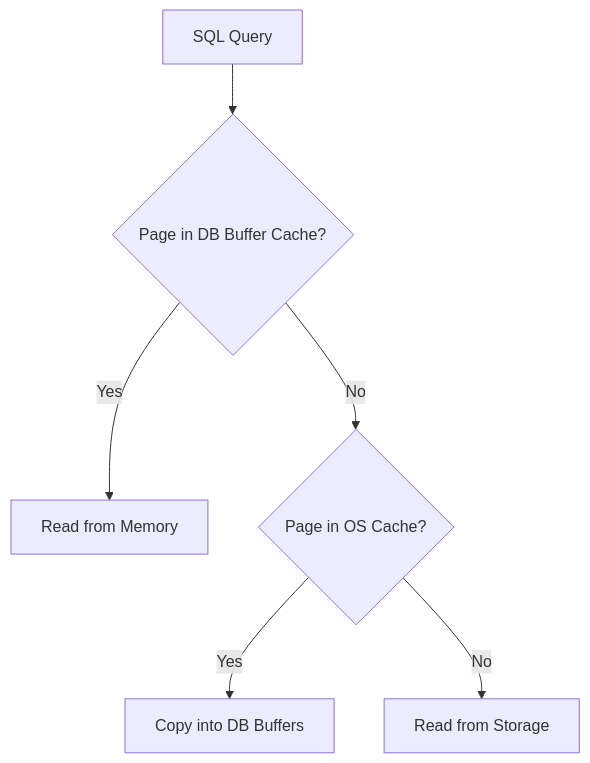
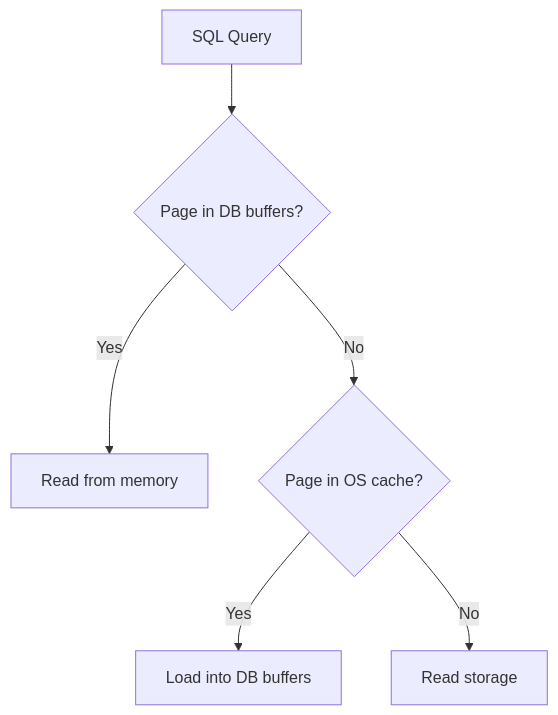
Before and after one commit to AvadhBhalodiya/Interview-Preparation: the sixth of 12 diagrams in src/content/system-design/caching-layers-stampede.md, drawn with Mermaid. The commit also changed other lines of this file and 54 other files, not shown here.

````diff
--- a/src/content/system-design/caching-layers-stampede.md
+++ b/src/content/system-design/caching-layers-stampede.md
@@ -350,8 +325,8 @@
 ```mermaid
 flowchart TD
-    Q[SQL Query] --> BP{Page in DB Buffer Cache?}
-    BP -->|Yes| M[Read from Memory]
-    BP -->|No| OS{Page in OS Cache?}
-    OS -->|Yes| COPY[Copy into DB Buffers]
-    OS -->|No| DISK[Read from Storage]
+    Q[SQL Query] --> B{Page in DB buffers?}
+    B -->|Yes| M[Read from memory]
+    B -->|No| O{Page in OS cache?}
+    O -->|Yes| C[Load into DB buffers]
+    O -->|No| D[Read storage]
 ```
````
